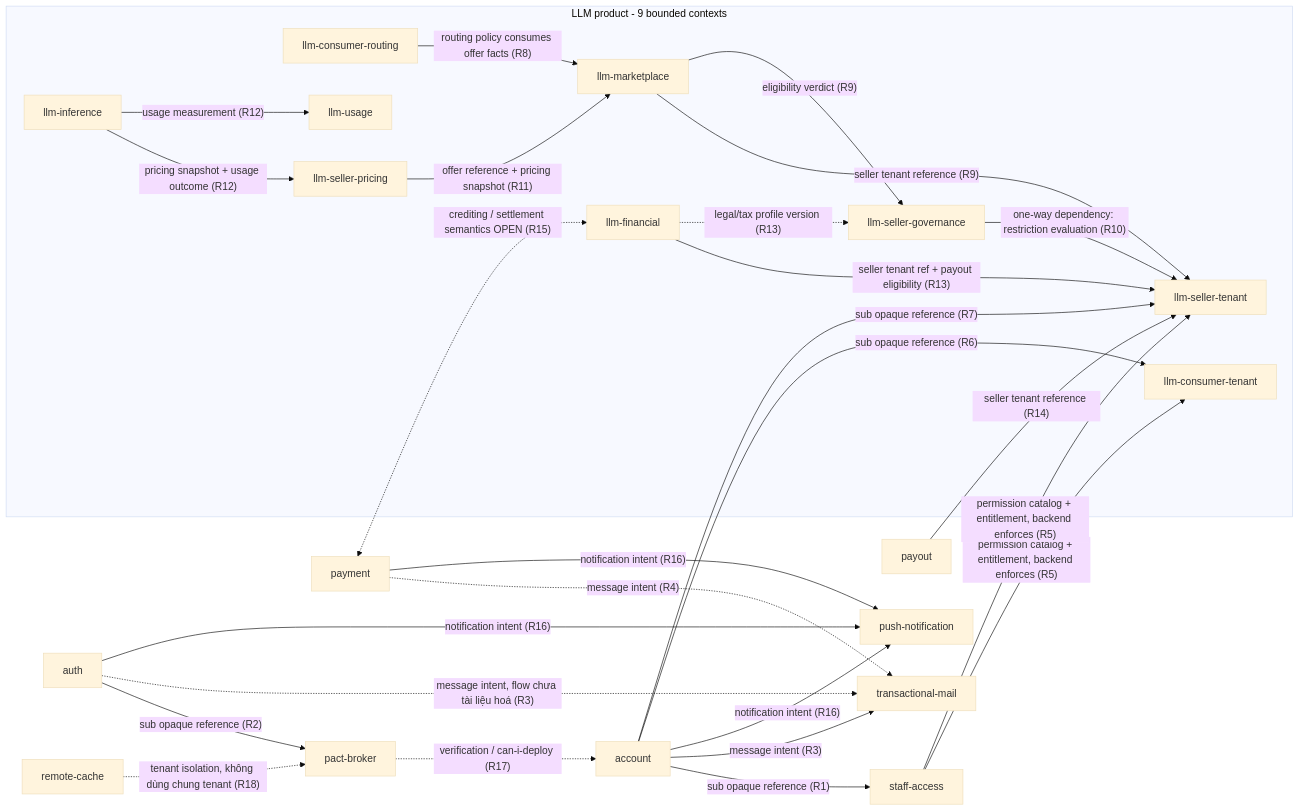
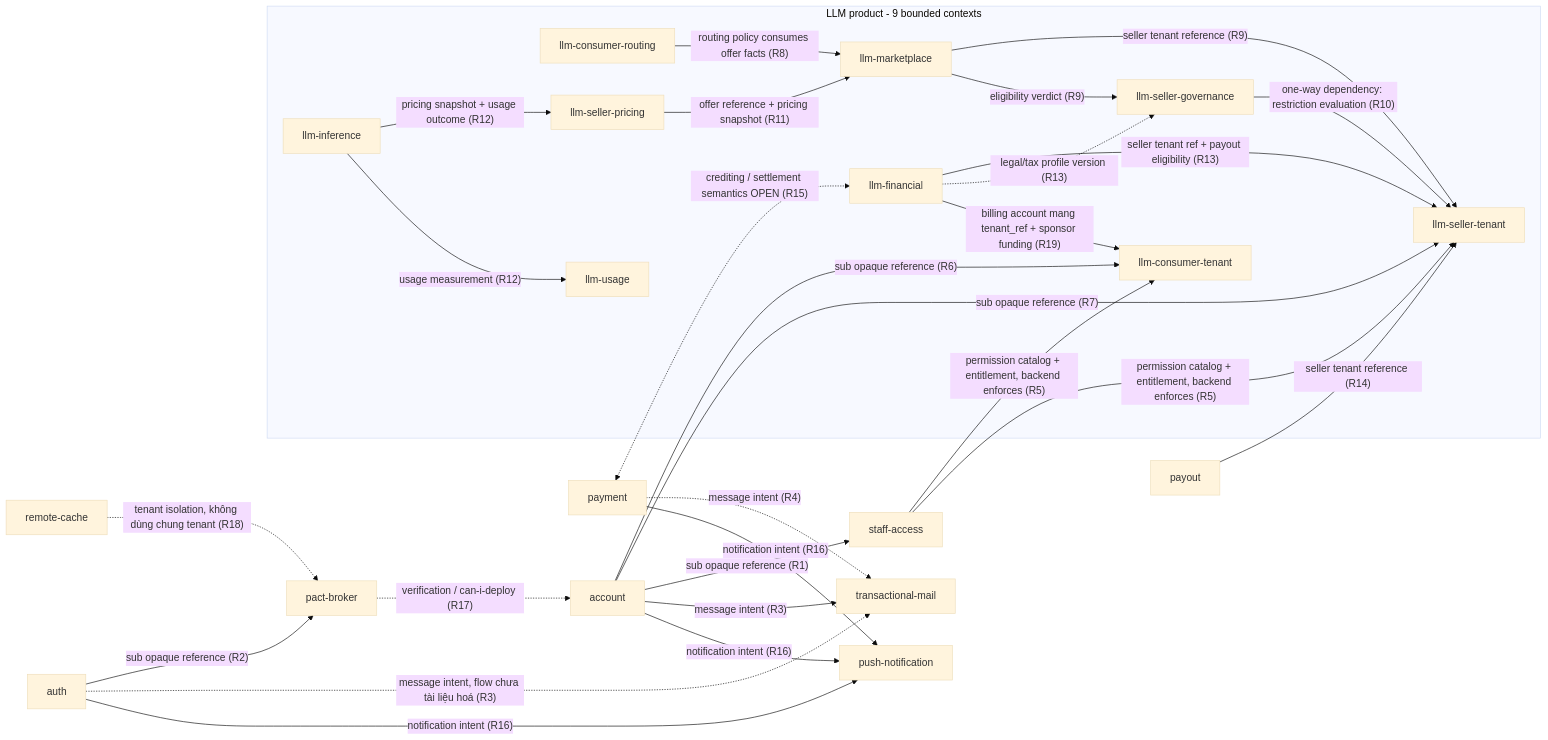
One commit to ecoma-io/ecoma changed the diagram in docs/domains/context-map.md. Above: the diagram before and after it, drawn with Mermaid (base theme). The commit also changed other lines of this file and 19 other files, not shown here.

First line of the commit message:
docs: resolve internal sponsorship funding and first-party financial model

````diff
--- a/docs/domains/context-map.md
+++ b/docs/domains/context-map.md
@@ -24,49 +24,50 @@
 ```mermaid
 flowchart LR
   account[account]
   auth[auth]
   staffAccess[staff-access]
   pact[pact-broker]
   mail[transactional-mail]
   push[push-notification]
   subgraph llm[LLM product - 9 bounded contexts]
     consumerTenant[llm-consumer-tenant]
     consumerRouting[llm-consumer-routing]
     sellerTenant[llm-seller-tenant]
     sellerGovernance[llm-seller-governance]
     marketplace[llm-marketplace]
     sellerPricing[llm-seller-pricing]
     inference[llm-inference]
     usage[llm-usage]
     financial[llm-financial]
   end
   payment[payment]
   payout[payout]
   remoteCache[remote-cache]
 
   account -- "sub opaque reference (R1)" --> staffAccess
   auth -- "sub opaque reference (R2)" --> pact
   account -- "message intent (R3)" --> mail
   auth -. "message intent, flow chưa tài liệu hoá (R3)" .-> mail
   payment -. "message intent (R4)" .-> mail
   staffAccess -- "permission catalog + entitlement, backend enforces (R5)" --> consumerTenant
   staffAccess -- "permission catalog + entitlement, backend enforces (R5)" --> sellerTenant
   account -- "sub opaque reference (R6)" --> consumerTenant
   account -- "sub opaque reference (R7)" --> sellerTenant
   consumerRouting -- "routing policy consumes offer facts (R8)" --> marketplace
   marketplace -- "seller tenant reference (R9)" --> sellerTenant
   marketplace -- "eligibility verdict (R9)" --> sellerGovernance
   sellerGovernance -- "one-way dependency: restriction evaluation (R10)" --> sellerTenant
   sellerPricing -- "offer reference + pricing snapshot (R11)" --> marketplace
   inference -- "pricing snapshot + usage outcome (R12)" --> sellerPricing
   inference -- "usage measurement (R12)" --> usage
   financial -- "seller tenant ref + payout eligibility (R13)" --> sellerTenant
   financial -. "legal/tax profile version (R13)" .-> sellerGovernance
   payout -- "seller tenant reference (R14)" --> sellerTenant
   payment <-. "crediting / settlement semantics OPEN (R15)" .-> financial
   account -- "notification intent (R16)" --> push
   auth -- "notification intent (R16)" --> push
   payment -- "notification intent (R16)" --> push
   pact -. "verification / can-i-deploy (R17)" .-> account
   remoteCache -. "tenant isolation, không dùng chung tenant (R18)" .-> pact
+  financial -- "billing account mang tenant_ref + sponsor funding (R19)" --> consumerTenant
 ```
````
